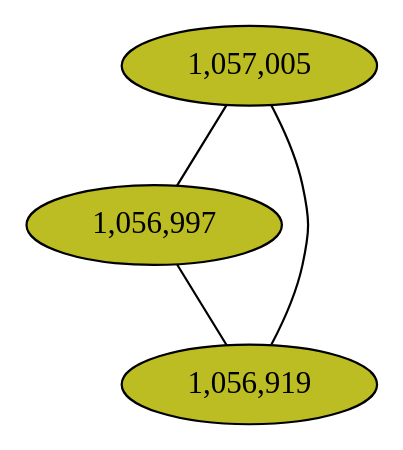
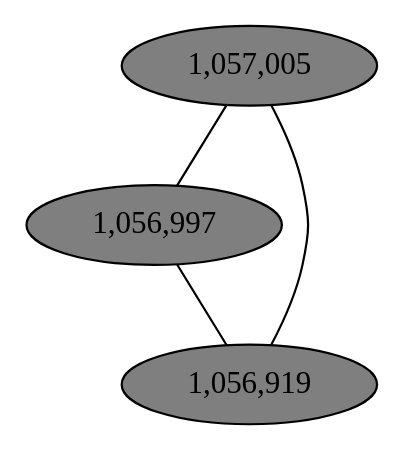
Before and after one commit to fedarko/sheepgut: the diagram in notebooks/graphs/CAMP_cc7.gv, drawn with Graphviz. The commit also changed 48 other files, not shown here.

```diff
--- a/notebooks/graphs/CAMP_cc7.gv
+++ b/notebooks/graphs/CAMP_cc7.gv
@@ -1,10 +1,10 @@
 graph CAMP_cc7 {
 	overlap="prism50";
 	outputorder="edgesfirst";
-	"1,057,005" [style="filled", fillcolor="#bcbd22", fontcolor="#000000"];
-	"1,056,997" [style="filled", fillcolor="#bcbd22", fontcolor="#000000"];
-	"1,056,919" [style="filled", fillcolor="#bcbd22", fontcolor="#000000"];
+	"1,057,005" [style="filled", fillcolor="#7f7f7f", fontcolor="#000000"];
+	"1,056,997" [style="filled", fillcolor="#7f7f7f", fontcolor="#000000"];
+	"1,056,919" [style="filled", fillcolor="#7f7f7f", fontcolor="#000000"];
 	"1,057,005" -- "1,056,919";
 	"1,057,005" -- "1,056,997";
 	"1,056,997" -- "1,056,919";
 }
```
